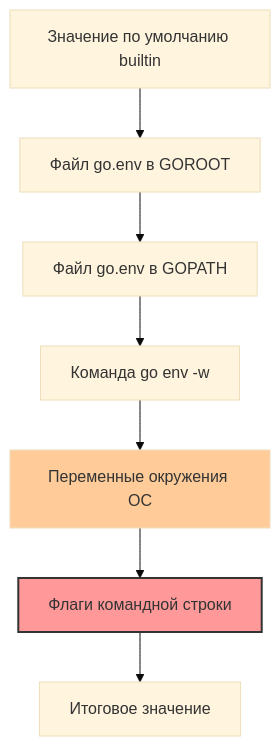
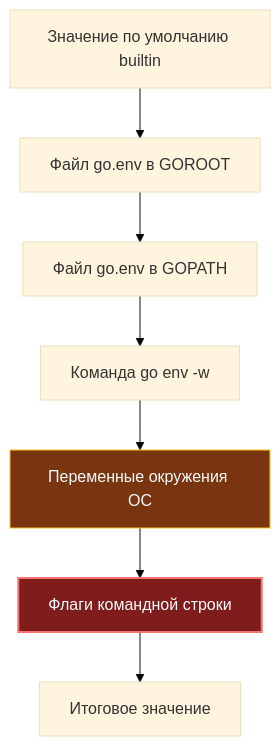
One commit to UnrealTemplier/go-textbook changed the diagram in sources/8. Инфраструктура языка, Тулинг и CI_CD/10. go env. Переменные окружения.md. Above: the diagram before and after it, drawn with Mermaid (base theme). The commit also changed 310 other files, not shown here.

First line of the commit message:
fix(mermaid): replace light fill colors with dark palette for readability on dark theme

````diff
--- a/sources/8. Инфраструктура языка, Тулинг и CI_CD/10. go env. Переменные окружения.md
+++ b/sources/8. Инфраструктура языка, Тулинг и CI_CD/10. go env. Переменные окружения.md
@@ -11,13 +11,13 @@
 ```mermaid
 flowchart TD
     A["Значение по умолчанию builtin"] --> B["Файл go.env в GOROOT"]
     B --> C["Файл go.env в GOPATH"]
     C --> D["Команда go env -w"]
     D --> E["Переменные окружения ОС"]
     E --> F["Флаги командной строки"]
     
     F --> G["Итоговое значение"]
     
-    style F fill:#ff9999,stroke:#333,stroke-width:2px
-    style E fill:#ffcc99
+    style F fill:#7f1d1d,stroke:#f87171,stroke-width:2px,color:#f8fafc
+    style E fill:#78350f,stroke:#fbbf24,color:#f8fafc
 ```
````
